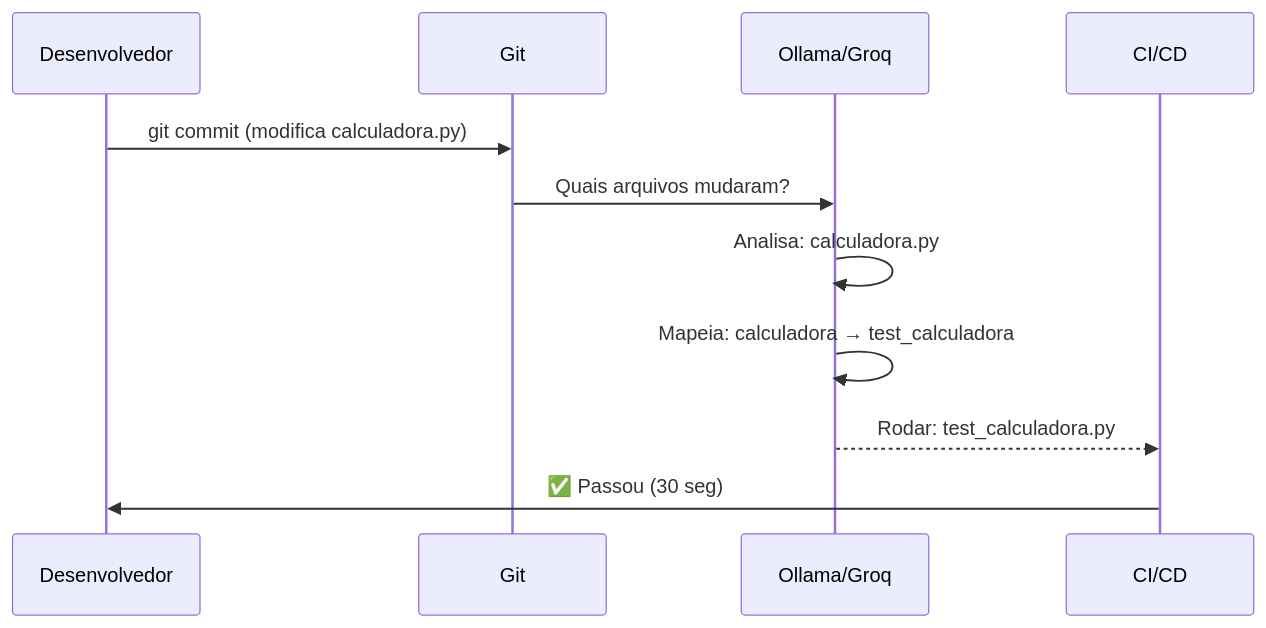
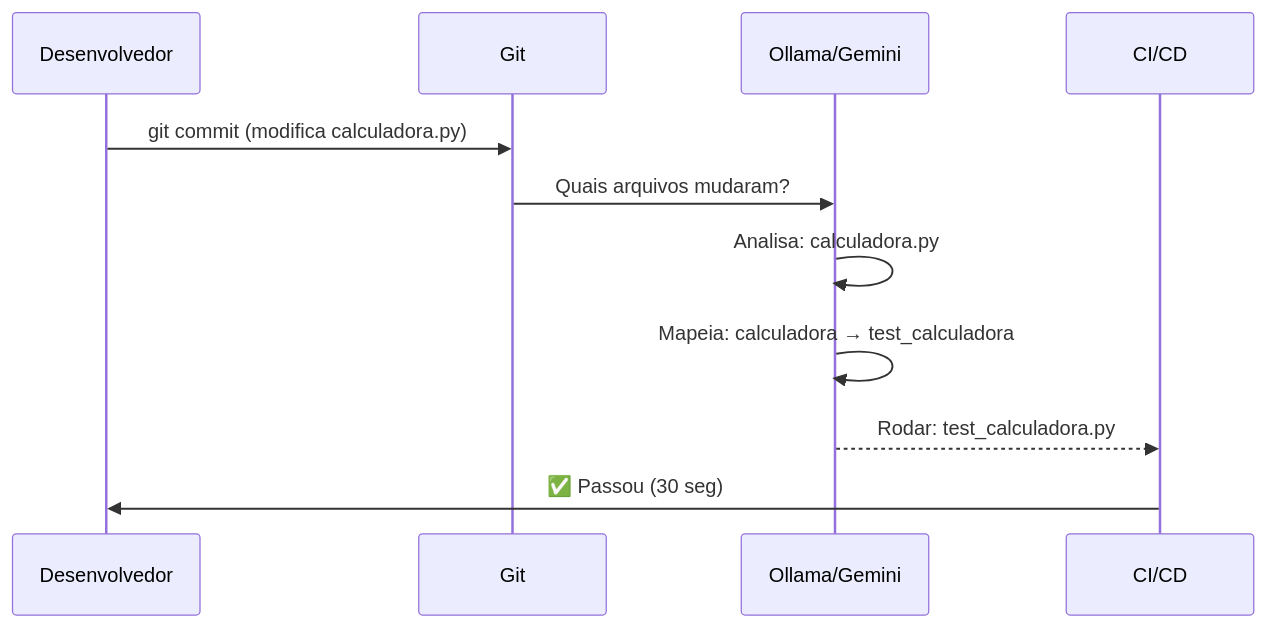
One commit to josenetoo/fiap-dclt-aula07 changed the second of 6 diagrams in VIDEO-7.1-PASSO-A-PASSO-v3.md. Above: the diagram before and after it, drawn with Mermaid. The commit also changed other lines of this file and 5 other files, not shown here.

Commit message:
Remover workflows de IA com Gemini API e atualizar documentação para refletir mudança de Groq para Gemini em todos os tutoriais

````diff
--- a/VIDEO-7.1-PASSO-A-PASSO-v3.md
+++ b/VIDEO-7.1-PASSO-A-PASSO-v3.md
@@ -69,14 +69,14 @@
 ```mermaid
 sequenceDiagram
     participant Dev as Desenvolvedor
     participant Git as Git
-    participant IA as Ollama/Groq
+    participant IA as Ollama/Gemini
     participant CI as CI/CD
     
     Dev->>Git: git commit (modifica calculadora.py)
     Git->>IA: Quais arquivos mudaram?
     IA->>IA: Analisa: calculadora.py
     IA->>IA: Mapeia: calculadora → test_calculadora
     IA-->>CI: Rodar: test_calculadora.py
     CI->>Dev: ✅ Passou (30 seg)
 ```
````
